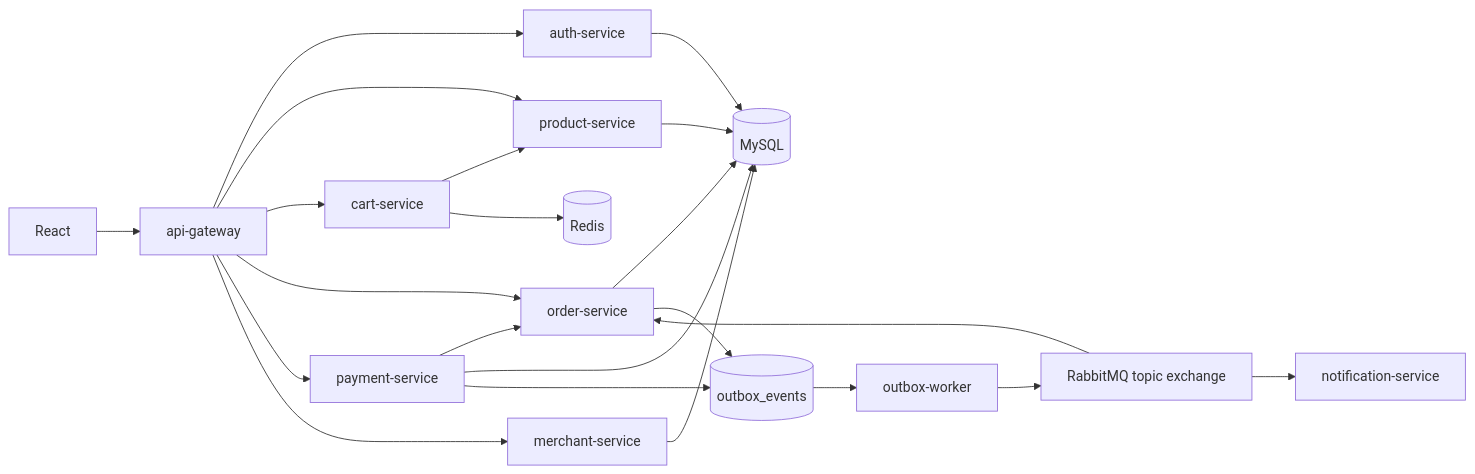
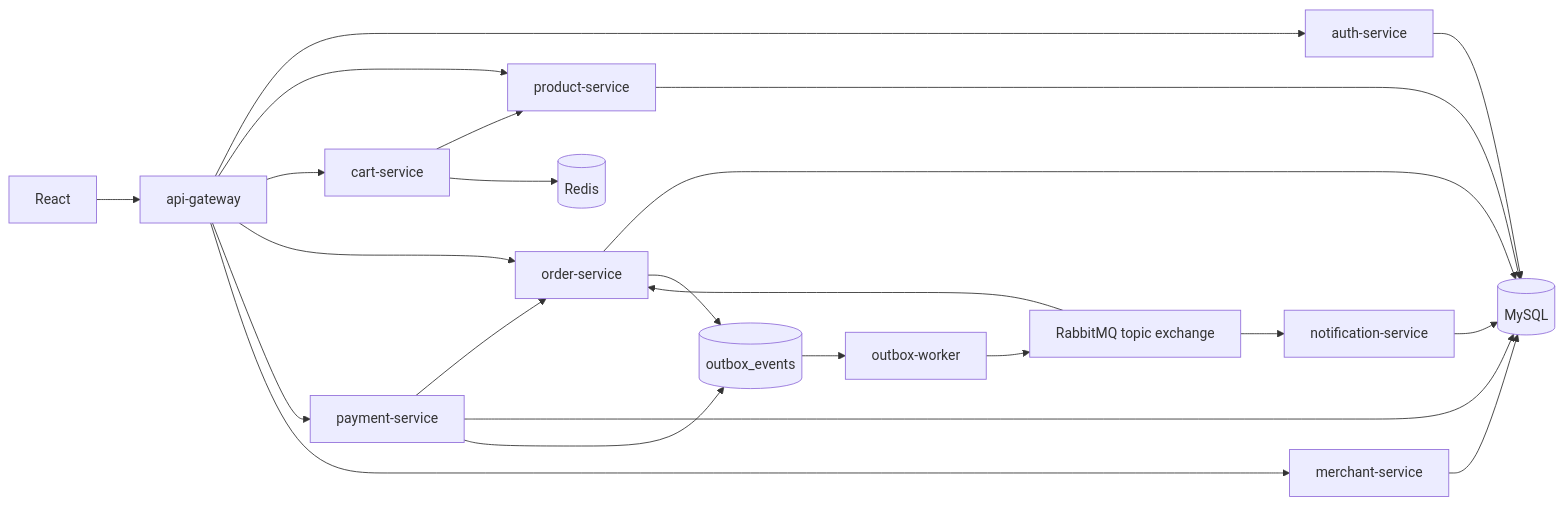
Before and after one commit to SymphonyW/Go-Commerce: the first of 7 diagrams in docs/TECHNICAL_DOCUMENT.md, drawn with Mermaid. The commit also changed other lines of this file and 17 other files, not shown here.

````diff
--- a/docs/TECHNICAL_DOCUMENT.md
+++ b/docs/TECHNICAL_DOCUMENT.md
@@ -47,27 +48,28 @@
 ```mermaid
 flowchart LR
     FE["React"] --> GW["api-gateway"]
     GW --> AUTH["auth-service"]
     GW --> PRODUCT["product-service"]
     GW --> CART["cart-service"]
     GW --> ORDER["order-service"]
     GW --> PAYMENT["payment-service"]
     GW --> MERCHANT["merchant-service"]
 
     CART --> PRODUCT
     PAYMENT --> ORDER
 
     AUTH --> DB[("MySQL")]
     PRODUCT --> DB
     ORDER --> DB
     PAYMENT --> DB
     MERCHANT --> DB
     CART --> REDIS[("Redis")]
 
     ORDER --> OUTBOX[("outbox_events")]
     PAYMENT --> OUTBOX
     OUTBOX --> WORKER["outbox-worker"]
     WORKER --> MQ["RabbitMQ topic exchange"]
     MQ --> ORDER
     MQ --> NOTIFY["notification-service"]
+    NOTIFY --> DB
 ```
````
